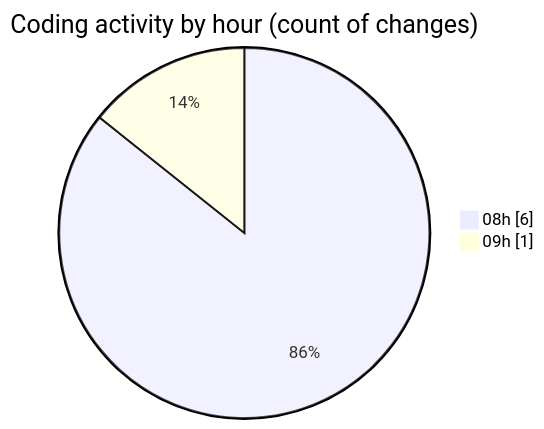
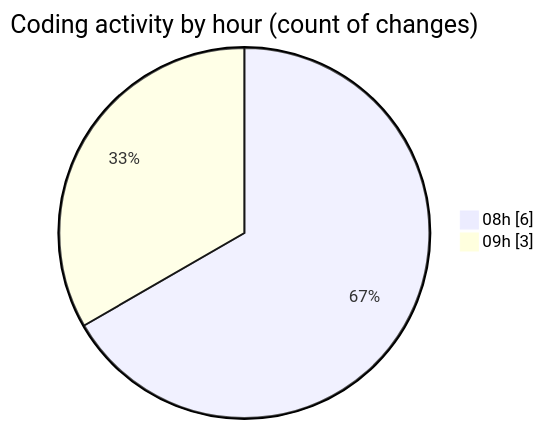
Before and after one commit to momahboobian/code-tracking: the second of 2 diagrams in 2026-01-29/cda/README.md, drawn with Mermaid. The commit also changed other lines of this file and 1 other file, not shown here.

````diff
--- a/2026-01-29/cda/README.md
+++ b/2026-01-29/cda/README.md
@@ -30,6 +30,6 @@
 ```mermaid
 pie showData
 title Coding activity by hour (count of changes)
 "08h" : 6
-"09h" : 1
+"09h" : 3
 ```
````
